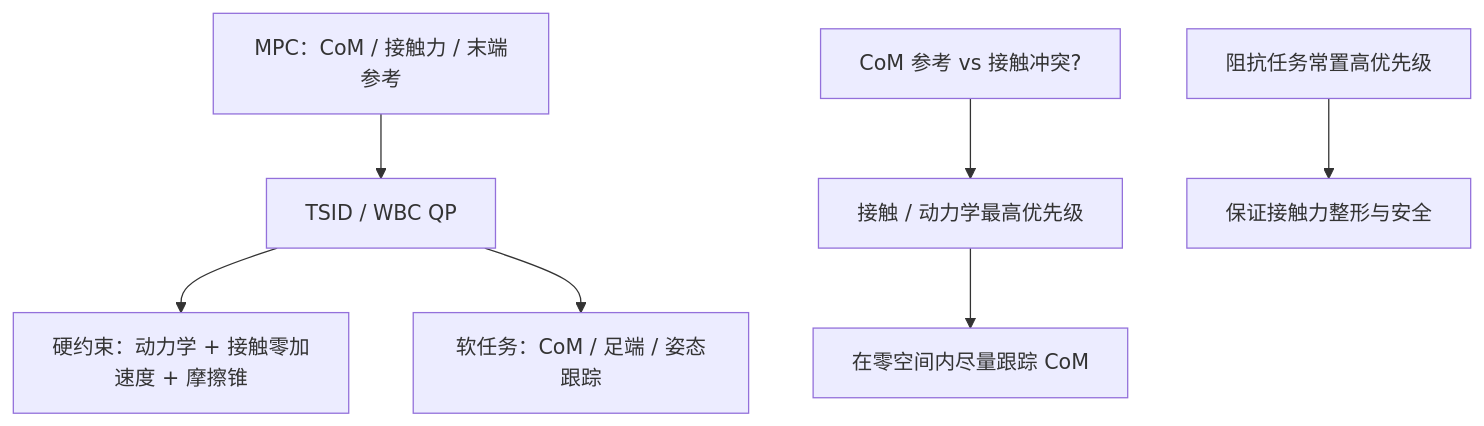
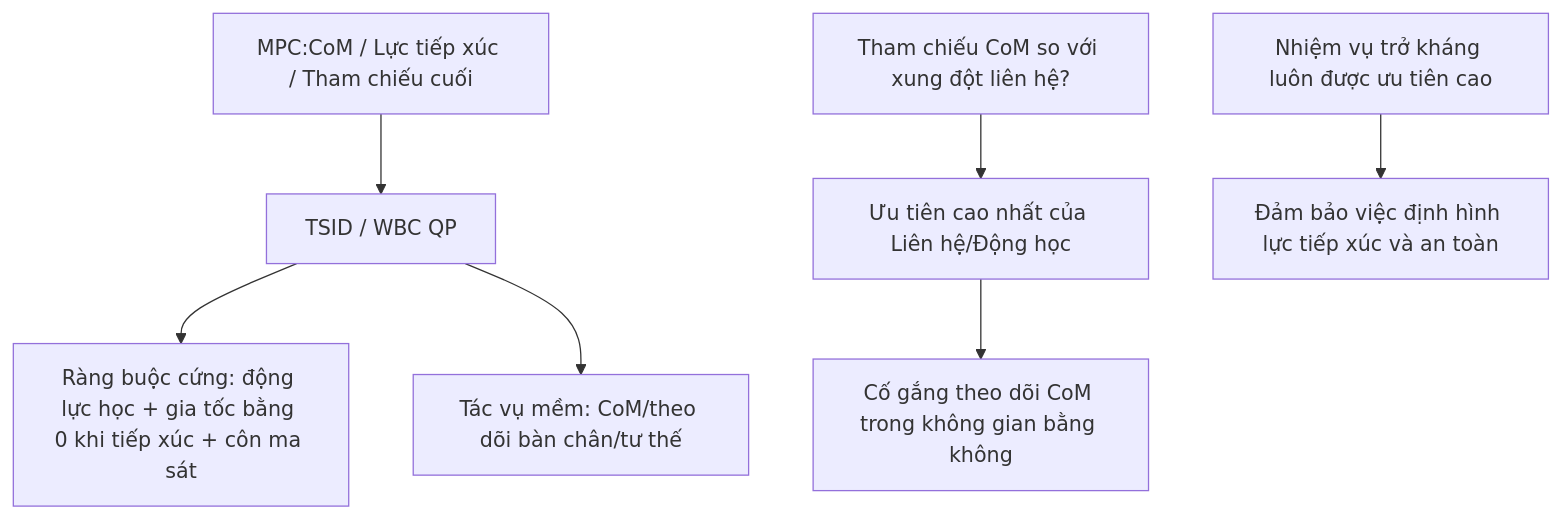
Before and after one commit to ledinhtuyen/Robotics_Notebooks: diagram 15 of 33 in roadmap/motion-control.md, drawn with Mermaid. The commit also changed other lines of this file, not shown here.

Commit message:
docs(roadmap): 完成 motion-control 全文越南语翻译

````diff
--- a/roadmap/motion-control.md
+++ b/roadmap/motion-control.md
@@ -1028,9 +1040,9 @@
 ```mermaid
 flowchart TD
-  MPCout[MPC：CoM / 接触力 / 末端参考] --> WBC[TSID / WBC QP]
-  WBC --> Hard[硬约束：动力学 + 接触零加速度 + 摩擦锥]
-  WBC --> Soft[软任务：CoM / 足端 / 姿态跟踪]
-  Conflict[CoM 参考 vs 接触冲突?] --> Prio[接触 / 动力学最高优先级]
-  Prio --> Null[在零空间内尽量跟踪 CoM]
-  ImpZ[阻抗任务常置高优先级] --> Safe[保证接触力整形与安全]
+  MPCout[MPC:CoM / Lực tiếp xúc / Tham chiếu cuối] --> WBC[TSID / WBC QP]
+  WBC --> Hard[Ràng buộc cứng: động lực học + gia tốc bằng 0 khi tiếp xúc + côn ma sát]
+  WBC --> Soft[Tác vụ mềm: CoM/theo dõi bàn chân/tư thế]
+  Conflict[Tham chiếu CoM so với xung đột liên hệ?] --> Prio[Ưu tiên cao nhất của Liên hệ/Động học]
+  Prio --> Null[Cố gắng theo dõi CoM trong không gian bằng không]
+  ImpZ[Nhiệm vụ trở kháng luôn được ưu tiên cao] --> Safe[Đảm bảo việc định hình lực tiếp xúc và an toàn]
 ```
````
